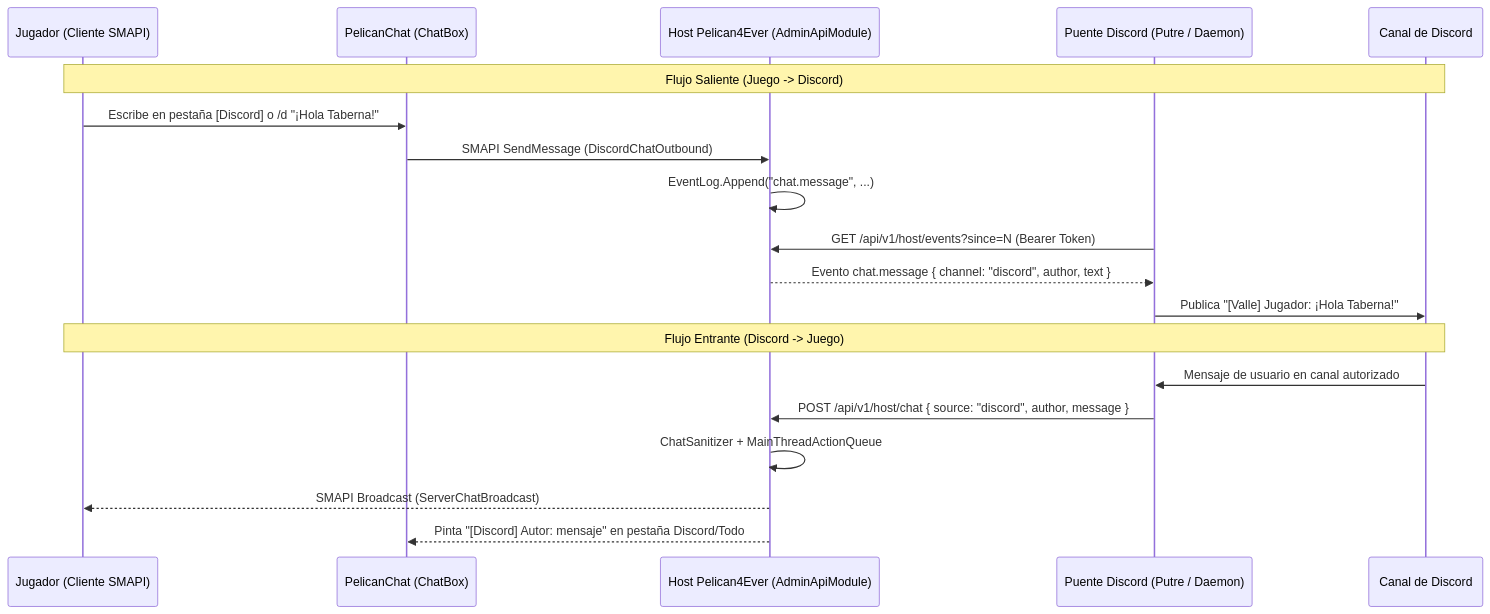
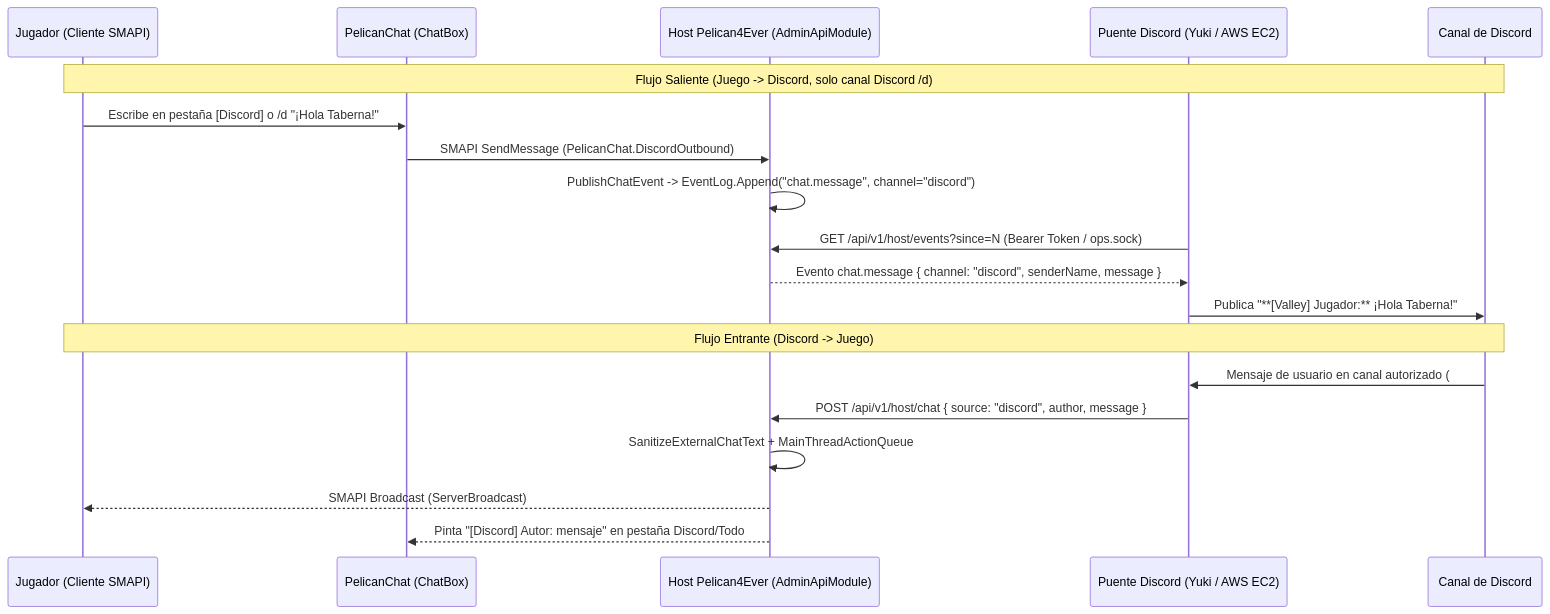
The diagram in architecture.md (juanlumediterrani/Pelican-Chat), drawn with Mermaid before and after one commit. The commit also changed other lines of this file and 16 other files, not shown here.

Commit message:
docs(brain): normalizar PelicanChat al Project Brain y conciliar backlog

````diff
--- a/architecture.md
+++ b/architecture.md
@@ -187,23 +192,23 @@
 ```mermaid
 sequenceDiagram
     participant Player as Jugador (Cliente SMAPI)
     participant PChat as PelicanChat (ChatBox)
     participant Host as Host Pelican4Ever (AdminApiModule)
-    participant Putre as Puente Discord (Putre / Daemon)
+    participant Yuki as Puente Discord (Yuki / AWS EC2)
     participant Discord as Canal de Discord
 
-    Note over Player,Discord: Flujo Saliente (Juego -> Discord)
+    Note over Player,Discord: Flujo Saliente (Juego -> Discord, solo canal Discord /d)
     Player->>PChat: Escribe en pestaña [Discord] o /d "¡Hola Taberna!"
-    PChat->>Host: SMAPI SendMessage (DiscordChatOutbound)
-    Host->>Host: EventLog.Append("chat.message", ...)
-    Putre->>Host: GET /api/v1/host/events?since=N (Bearer Token)
-    Host-->>Putre: Evento chat.message { channel: "discord", author, text }
-    Putre->>Discord: Publica "[Valle] Jugador: ¡Hola Taberna!"
+    PChat->>Host: SMAPI SendMessage (PelicanChat.DiscordOutbound)
+    Host->>Host: PublishChatEvent -> EventLog.Append("chat.message", channel="discord")
+    Yuki->>Host: GET /api/v1/host/events?since=N (Bearer Token / ops.sock)
+    Host-->>Yuki: Evento chat.message { channel: "discord", senderName, message }
+    Yuki->>Discord: Publica "**[Valley] Jugador:** ¡Hola Taberna!"
 
     Note over Player,Discord: Flujo Entrante (Discord -> Juego)
-    Discord->>Putre: Mensaje de usuario en canal autorizado
-    Putre->>Host: POST /api/v1/host/chat { source: "discord", author, message }
-    Host->>Host: ChatSanitizer + MainThreadActionQueue
-    Host-->>Player: SMAPI Broadcast (ServerChatBroadcast)
+    Discord->>Yuki: Mensaje de usuario en canal autorizado (#pelicanchat)
+    Yuki->>Host: POST /api/v1/host/chat { source: "discord", author, message }
+    Host->>Host: SanitizeExternalChatText + MainThreadActionQueue
+    Host-->>Player: SMAPI Broadcast (ServerBroadcast)
     Host-->>PChat: Pinta "[Discord] Autor: mensaje" en pestaña Discord/Todo
 ```
````
